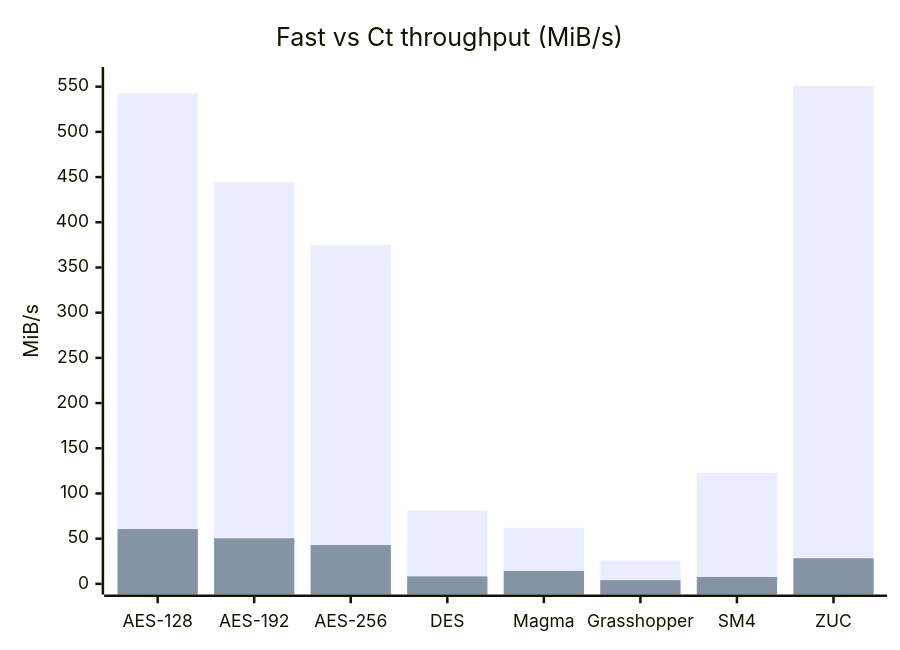
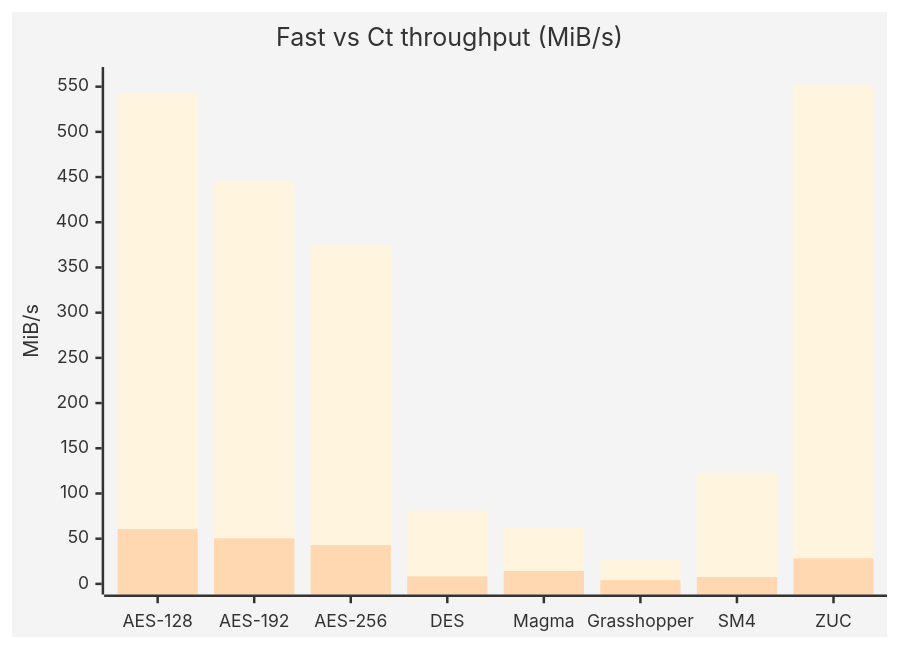
The diagram in ANALYSIS.md (darrelllong/cryptography), drawn with Mermaid before and after one commit. The commit also changed other lines of this file, not shown here.

````diff
--- a/ANALYSIS.md
+++ b/ANALYSIS.md
@@ -417,9 +398,9 @@
 ```mermaid
-%%{init: {'themeVariables': {'plotColorPalette': '#0f766e,#b45309'}}}%%
+%%{init: {'theme': 'base', 'themeVariables': {'plotColorPalette': '#0f766e,#b45309'}}}%%
 xychart-beta
     title "Fast vs Ct throughput (MiB/s)"
     x-axis ["AES-128", "AES-192", "AES-256", "DES", "Magma", "Grasshopper", "SM4", "ZUC"]
     y-axis "MiB/s" 0 --> 560
     bar [542.7, 444.4, 374.8, 81.1, 62.0, 26.1, 122.7, 551.1]
     bar [60.6, 50.4, 42.9, 8.3, 14.3, 4.1, 7.6, 28.3]
 ```
````
